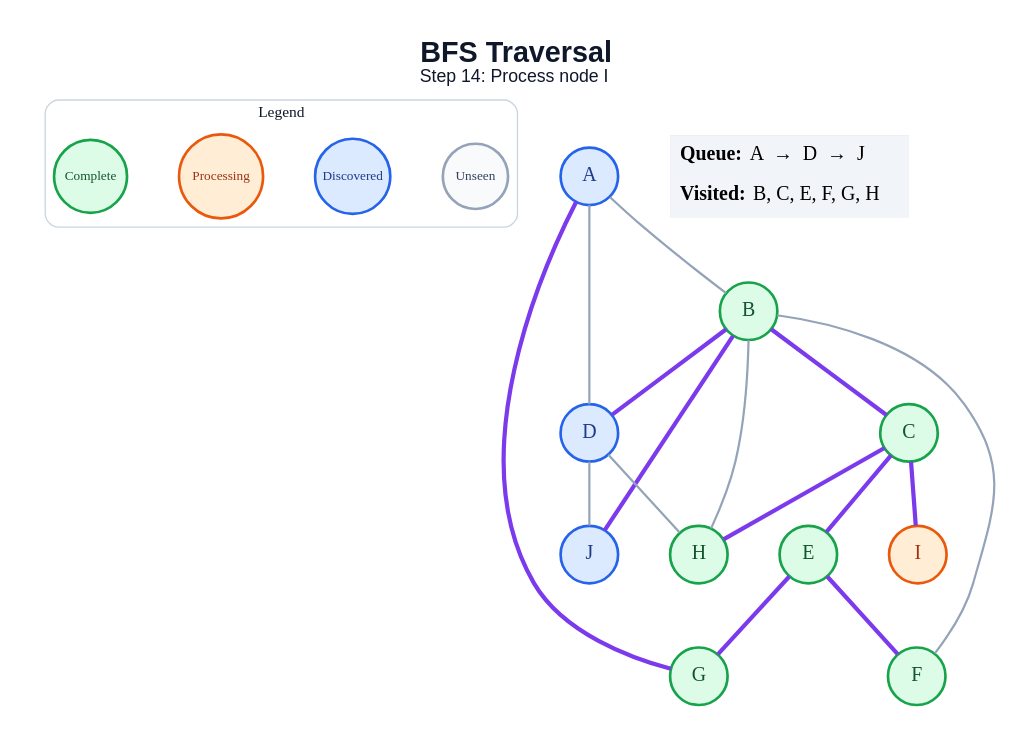
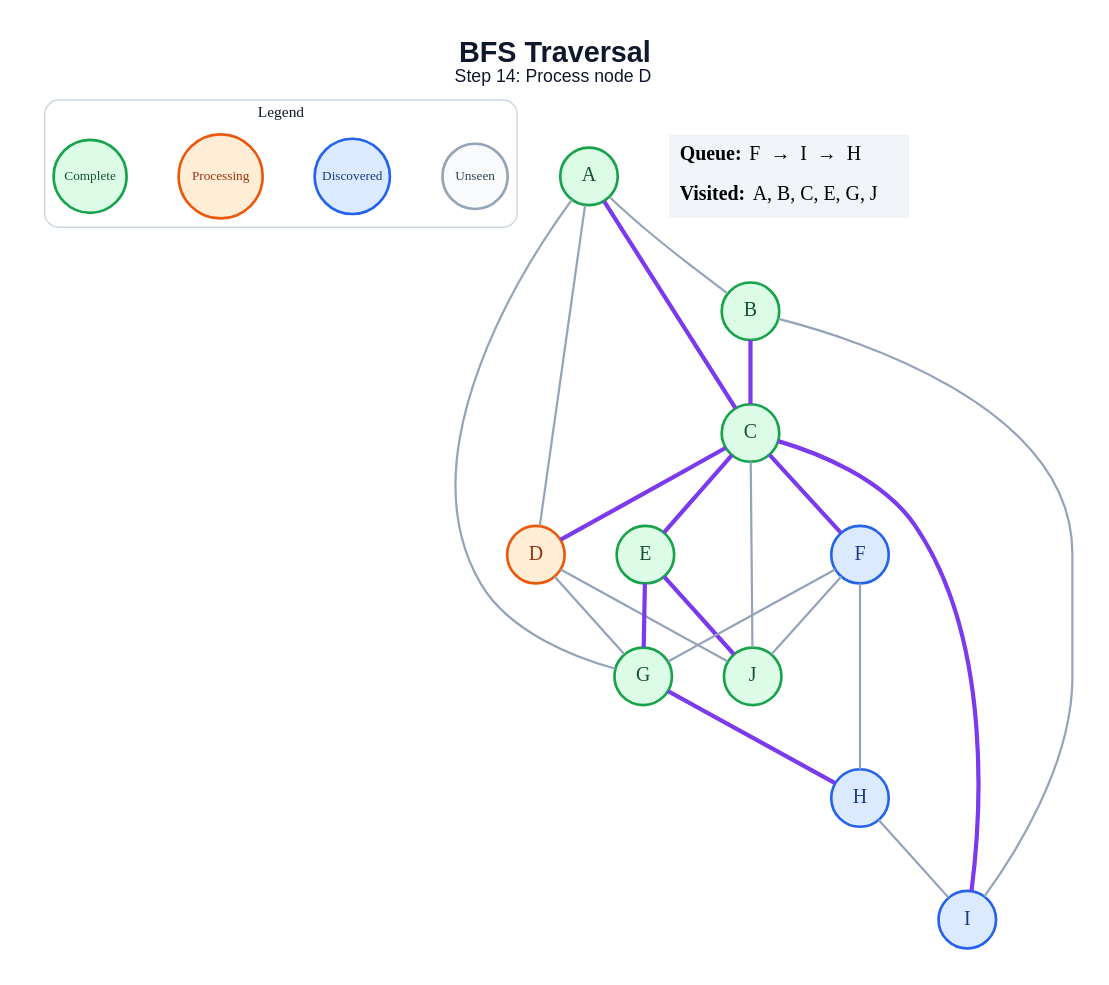
The diagram in generated/specific-node/bfs/step_14.dot (amanghodawala9/ai-slop), drawn with Graphviz before and after one commit. The commit also changed 178 other files, not shown here.

```diff
--- a/generated/specific-node/bfs/step_14.dot
+++ b/generated/specific-node/bfs/step_14.dot
@@ -1,44 +1,49 @@
 graph traversal {
   graph [layout=dot, rankdir=TB, bgcolor="#FFFFFF", pad="0.35", nodesep="0.65", ranksep="0.8", fontname="Arial"];
   node [shape=circle, style="filled", fontname="Arial Bold", fontsize=18, width=0.72, fixedsize=true, penwidth=2.4];
   edge [color="#94A3B8", penwidth=2.0];
-  label=<<B>BFS Traversal</B><BR/><FONT POINT-SIZE="16">Step 14: Process node I</FONT>>; labelloc="t"; fontsize=26; fontname="Arial"; fontcolor="#0F172A";
+  label=<<B>BFS Traversal</B><BR/><FONT POINT-SIZE="16">Step 14: Process node D</FONT>>; labelloc="t"; fontsize=26; fontname="Arial"; fontcolor="#0F172A";
   subgraph cluster_legend { label="Legend"; color="#CBD5E1"; penwidth=1.2; style="rounded"; fontsize=14; fontname="Arial Bold";
     key_unseen [label="Unseen", fillcolor="#F8FAFC", color="#94A3B8", fontcolor="#334155", fontsize=12, width=0.82];
     key_frontier [label="Discovered", fillcolor="#DBEAFE", color="#2563EB", fontcolor="#1E3A8A", fontsize=12, width=0.95];
     key_current [label="Processing", fillcolor="#FFEDD5", color="#EA580C", fontcolor="#9A3412", fontsize=12, width=1.05];
     key_done [label="Complete", fillcolor="#DCFCE7", color="#16A34A", fontcolor="#14532D", fontsize=12, width=0.92];
     { rank=same; key_unseen; key_frontier; key_current; key_done; }
   }
-  A [fillcolor="#DBEAFE", color="#2563EB", fontcolor="#1E3A8A"];
+  A [fillcolor="#DCFCE7", color="#16A34A", fontcolor="#14532D"];
   B [fillcolor="#DCFCE7", color="#16A34A", fontcolor="#14532D"];
   C [fillcolor="#DCFCE7", color="#16A34A", fontcolor="#14532D"];
-  D [fillcolor="#DBEAFE", color="#2563EB", fontcolor="#1E3A8A"];
+  D [fillcolor="#FFEDD5", color="#EA580C", fontcolor="#9A3412"];
   E [fillcolor="#DCFCE7", color="#16A34A", fontcolor="#14532D"];
-  F [fillcolor="#DCFCE7", color="#16A34A", fontcolor="#14532D"];
+  F [fillcolor="#DBEAFE", color="#2563EB", fontcolor="#1E3A8A"];
   G [fillcolor="#DCFCE7", color="#16A34A", fontcolor="#14532D"];
-  H [fillcolor="#DCFCE7", color="#16A34A", fontcolor="#14532D"];
-  I [fillcolor="#FFEDD5", color="#EA580C", fontcolor="#9A3412"];
-  J [fillcolor="#DBEAFE", color="#2563EB", fontcolor="#1E3A8A"];
+  H [fillcolor="#DBEAFE", color="#2563EB", fontcolor="#1E3A8A"];
+  I [fillcolor="#DBEAFE", color="#2563EB", fontcolor="#1E3A8A"];
+  J [fillcolor="#DCFCE7", color="#16A34A", fontcolor="#14532D"];
   A -- B;
+  A -- C [color="#7C3AED", penwidth=3.8];
   A -- D;
-  A -- G [color="#7C3AED", penwidth=3.8];
+  A -- G;
   B -- C [color="#7C3AED", penwidth=3.8];
-  B -- D [color="#7C3AED", penwidth=3.8];
-  B -- F;
-  B -- H;
-  B -- J [color="#7C3AED", penwidth=3.8];
+  B -- I;
+  C -- D [color="#7C3AED", penwidth=3.8];
   C -- E [color="#7C3AED", penwidth=3.8];
-  C -- H [color="#7C3AED", penwidth=3.8];
+  C -- F [color="#7C3AED", penwidth=3.8];
   C -- I [color="#7C3AED", penwidth=3.8];
-  D -- H;
+  C -- J;
+  D -- G;
   D -- J;
-  E -- F [color="#7C3AED", penwidth=3.8];
   E -- G [color="#7C3AED", penwidth=3.8];
+  E -- J [color="#7C3AED", penwidth=3.8];
+  F -- G;
+  F -- H;
+  F -- J;
+  G -- H [color="#7C3AED", penwidth=3.8];
+  H -- I;
   status [shape=plain, fixedsize=false, width=0, height=0, margin=0, label=<
     <TABLE BORDER="0" CELLBORDER="0" CELLPADDING="7" BGCOLOR="#F1F5F9">
-      <TR><TD ALIGN="LEFT"><B>Queue:</B> A  →  D  →  J</TD></TR>
-      <TR><TD ALIGN="LEFT"><B>Visited:</B> B, C, E, F, G, H</TD></TR>
+      <TR><TD ALIGN="LEFT"><B>Queue:</B> F  →  I  →  H</TD></TR>
+      <TR><TD ALIGN="LEFT"><B>Visited:</B> A, B, C, E, G, J</TD></TR>
     </TABLE>
   >];
 }
```
